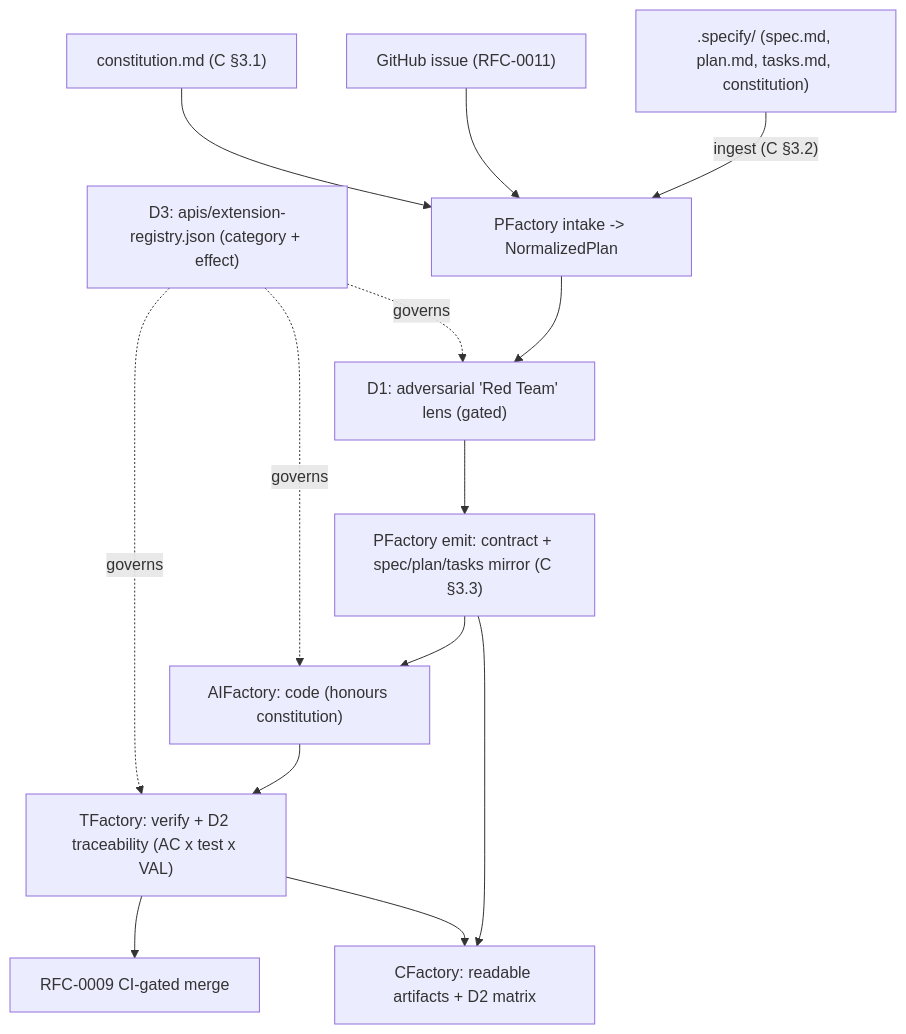
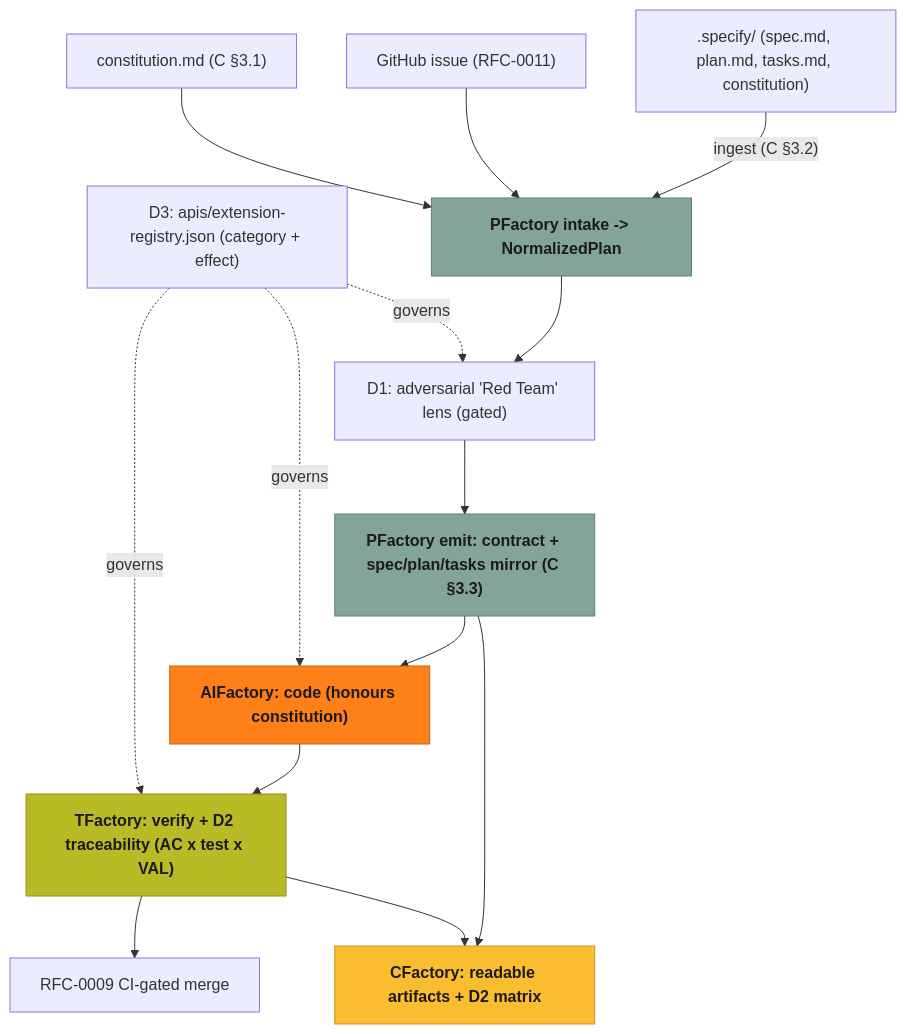
Before and after one commit to olafkfreund/Factory: the diagram in docs/rfc/0015-spec-driven-interop-and-validated-gap-features.md, drawn with Mermaid. The commit also changed other lines of this file and 7 other files, not shown here.

First line of the commit message:
docs: colored Mermaid diagrams + flashier landing (#227)

````diff
--- a/docs/rfc/0015-spec-driven-interop-and-validated-gap-features.md
+++ b/docs/rfc/0015-spec-driven-interop-and-validated-gap-features.md
@@ -163,16 +164,25 @@
 ```mermaid
 flowchart TD
     SK[".specify/ (spec.md, plan.md, tasks.md, constitution)"] -->|"ingest (C §3.2)"| P["PFactory intake -> NormalizedPlan"]
     GH["GitHub issue (RFC-0011)"] --> P
     C0["constitution.md (C §3.1)"] --> P
     P --> RT["D1: adversarial 'Red Team' lens (gated)"]
     RT --> EM["PFactory emit: contract + spec/plan/tasks mirror (C §3.3)"]
     EM --> AI["AIFactory: code (honours constitution)"]
     AI --> TF["TFactory: verify + D2 traceability (AC x test x VAL)"]
     TF --> MG["RFC-0009 CI-gated merge"]
     EM --> CF["CFactory: readable artifacts + D2 matrix"]
     TF --> CF
     REG["D3: apis/extension-registry.json (category + effect)"] -.governs.-> RT
     REG -.governs.-> AI
     REG -.governs.-> TF
+    classDef pf fill:#83a598,stroke:#5f8175,color:#1b1b1b,font-weight:bold;
+    classDef af fill:#fe8019,stroke:#c4641a,color:#1b1b1b,font-weight:bold;
+    classDef tf fill:#b8bb26,stroke:#8d9020,color:#1b1b1b,font-weight:bold;
+    classDef cf fill:#fabd2f,stroke:#c69526,color:#1b1b1b,font-weight:bold;
+    class P pf;
+    class EM pf;
+    class AI af;
+    class TF tf;
+    class CF cf;
 ```
````
